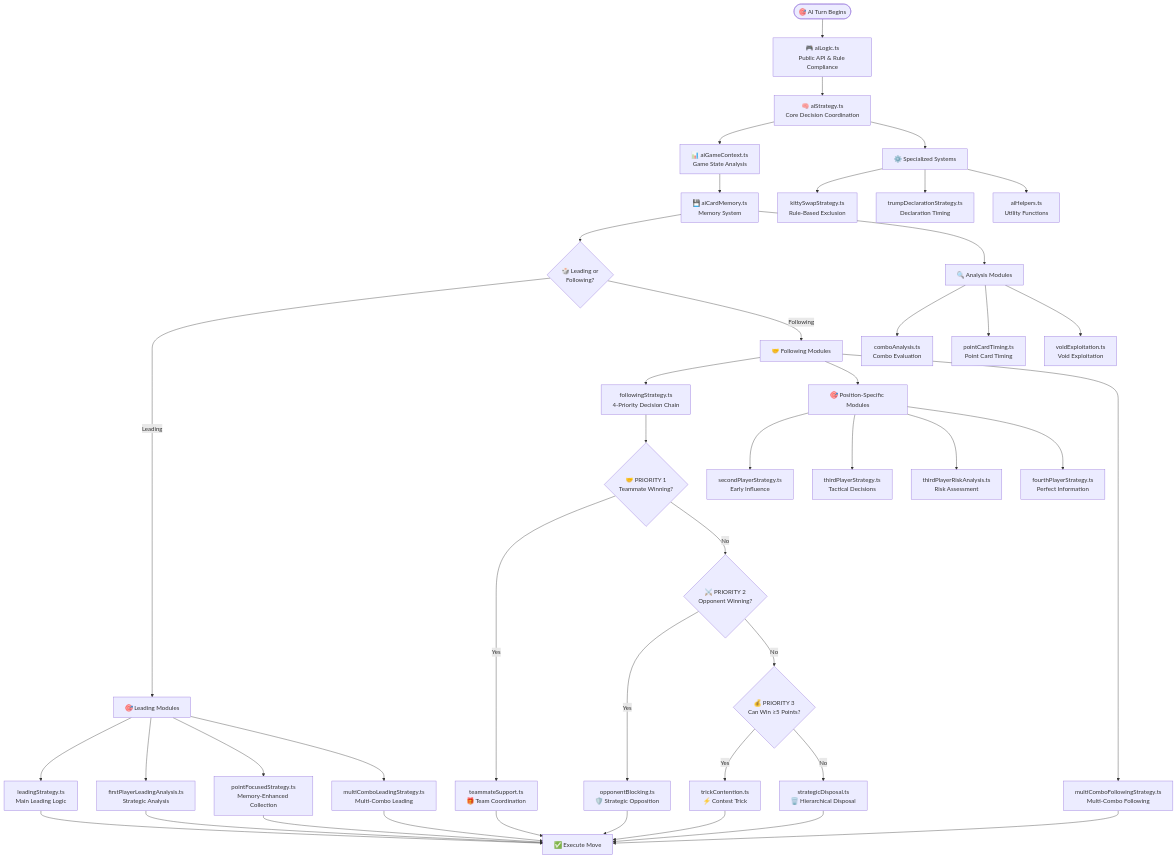
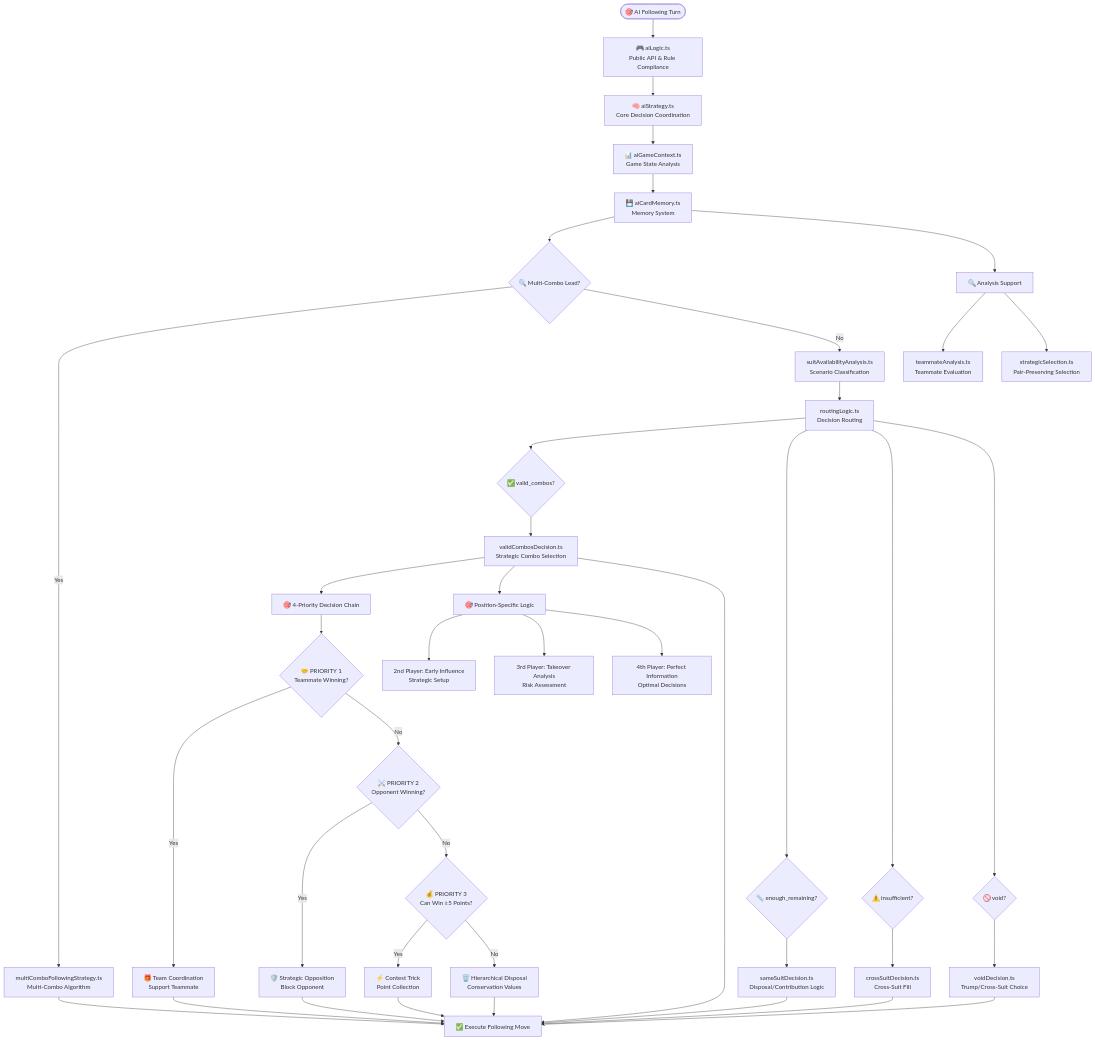
The second of 2 diagrams in docs/AI_SYSTEM.md (ejfn/Tractor), drawn with Mermaid before and after one commit. The commit also changed other lines of this file and 49 other files, not shown here.

First line of the commit message:
refactor: consolidate AI architecture and clean up documentation (#312)

````diff
--- a/docs/AI_SYSTEM.md
+++ b/docs/AI_SYSTEM.md
@@ -108,54 +151,52 @@
 ```mermaid
 flowchart TD
-    Start([🎯 AI Turn Begins]) --> Logic[🎮 aiLogic.ts<br/>Public API & Rule Compliance]
-    Logic --> Strategy[🧠 aiStrategy.ts<br/>Core Decision Coordination]
-    Strategy --> Context[📊 aiGameContext.ts<br/>Game State Analysis]
-    Context --> Memory[💾 aiCardMemory.ts<br/>Memory System]
+    StartFollow([🎯 AI Following Turn]) --> LogicFollow[🎮 aiLogic.ts<br/>Public API & Rule Compliance]
+    LogicFollow --> StrategyFollow[🧠 aiStrategy.ts<br/>Core Decision Coordination]
+    StrategyFollow --> ContextFollow[📊 aiGameContext.ts<br/>Game State Analysis]
+    ContextFollow --> MemoryFollow[💾 aiCardMemory.ts<br/>Memory System]
     
-    Memory --> Leading{🎲 Leading or<br/>Following?}
+    MemoryFollow --> MultiCheck{🔍 Multi-Combo Lead?}
+    MultiCheck -->|Yes| MultiComboFollow[multiComboFollowingStrategy.ts<br/>Multi-Combo Algorithm]
+    MultiCheck -->|No| SuitAnalysis[suitAvailabilityAnalysis.ts<br/>Scenario Classification]
     
-    Leading -->|Leading| LeadingMods[🎯 Leading Modules]
-    Leading -->|Following| FollowingMods[🤝 Following Modules]
+    SuitAnalysis --> RoutingLogic[routingLogic.ts<br/>Decision Routing]
     
-    LeadingMods --> LeadStrategy[leadingStrategy.ts<br/>Main Leading Logic]
-    LeadingMods --> FirstAnalysis[firstPlayerLeadingAnalysis.ts<br/>Strategic Analysis]
-    LeadingMods --> PointFocus[pointFocusedStrategy.ts<br/>Memory-Enhanced Collection]
-    LeadingMods --> MultiComboLead[multiComboLeadingStrategy.ts<br/>Multi-Combo Leading]
+    RoutingLogic --> ValidCombos{✅ valid_combos?}
+    RoutingLogic --> EnoughRemaining{📏 enough_remaining?}
+    RoutingLogic --> Insufficient{⚠️ insufficient?}
+    RoutingLogic --> VoidScenario{🚫 void?}
     
-    FollowingMods --> FollowStrategy[followingStrategy.ts<br/>4-Priority Decision Chain]
-    FollowStrategy --> P1{🤝 PRIORITY 1<br/>Teammate Winning?}
+    ValidCombos --> ValidDecision[validCombosDecision.ts<br/>Strategic Combo Selection]
+    EnoughRemaining --> SameSuitDecision[sameSuitDecision.ts<br/>Disposal/Contribution Logic]
+    Insufficient --> CrossSuitDecision[crossSuitDecision.ts<br/>Cross-Suit Fill]
+    VoidScenario --> VoidDecision[voidDecision.ts<br/>Trump/Cross-Suit Choice]
     
-    P1 -->|Yes| TeamSupport[teammateSupport.ts<br/>🎁 Team Coordination]
+    ValidDecision --> PriorityChain[🎯 4-Priority Decision Chain]
+    PriorityChain --> P1{🤝 PRIORITY 1<br/>Teammate Winning?}
+    
+    P1 -->|Yes| TeamSupport[🎁 Team Coordination<br/>Support Teammate]
     P1 -->|No| P2{⚔️ PRIORITY 2<br/>Opponent Winning?}
-    P2 -->|Yes| OpponentBlock[opponentBlocking.ts<br/>🛡️ Strategic Opposition]
+    P2 -->|Yes| OpponentBlock[🛡️ Strategic Opposition<br/>Block Opponent]
     P2 -->|No| P3{💰 PRIORITY 3<br/>Can Win ≥5 Points?}
-    P3 -->|Yes| TrickContest[trickContention.ts<br/>⚡ Contest Trick]
-    P3 -->|No| StrategicDisp[strategicDisposal.ts<br/>🗑️ Hierarchical Disposal]
+    P3 -->|Yes| TrickContest[⚡ Contest Trick<br/>Point Collection]
+    P3 -->|No| StrategicDisp[🗑️ Hierarchical Disposal<br/>Conservation Values]
     
-    FollowingMods --> PositionMods[🎯 Position-Specific Modules]
-    PositionMods --> Second[secondPlayerStrategy.ts<br/>Early Influence]
-    PositionMods --> Third[thirdPlayerStrategy.ts<br/>Tactical Decisions]
-    PositionMods --> ThirdRisk[thirdPlayerRiskAnalysis.ts<br/>Risk Assessment]
-    PositionMods --> Fourth[fourthPlayerStrategy.ts<br/>Perfect Information]
-    FollowingMods --> MultiComboFollow[multiComboFollowingStrategy.ts<br/>Multi-Combo Following]
+    ValidDecision --> PositionSpecific[🎯 Position-Specific Logic]
+    PositionSpecific --> SecondPlayer[2nd Player: Early Influence<br/>Strategic Setup]
+    PositionSpecific --> ThirdPlayer[3rd Player: Takeover Analysis<br/>Risk Assessment]
+    PositionSpecific --> FourthPlayer[4th Player: Perfect Information<br/>Optimal Decisions]
     
-    Memory --> Analysis[🔍 Analysis Modules]
-    Analysis --> ComboAnalysis[comboAnalysis.ts<br/>Combo Evaluation]
-    Analysis --> PointCardTiming[pointCardTiming.ts<br/>Point Card Timing]
-    Analysis --> VoidExploitation[voidExploitation.ts<br/>Void Exploitation]
+    TeamSupport --> ExecuteFollow[✅ Execute Following Move]
+    OpponentBlock --> ExecuteFollow
+    TrickContest --> ExecuteFollow
+    StrategicDisp --> ExecuteFollow
+    ValidDecision --> ExecuteFollow
+    SameSuitDecision --> ExecuteFollow
+    CrossSuitDecision --> ExecuteFollow
+    VoidDecision --> ExecuteFollow
+    MultiComboFollow --> ExecuteFollow
     
-    Strategy --> Specialized[⚙️ Specialized Systems]
-    Specialized --> KittySwap[kittySwapStrategy.ts<br/>Rule-Based Exclusion]
-    Specialized --> TrumpDecl[trumpDeclarationStrategy.ts<br/>Declaration Timing]
-    Specialized --> AIHelpers[aiHelpers.ts<br/>Utility Functions]
-    
-    TeamSupport --> Execute[✅ Execute Move]
-    OpponentBlock --> Execute
-    TrickContest --> Execute
-    StrategicDisp --> Execute
-    LeadStrategy --> Execute
-    FirstAnalysis --> Execute
-    PointFocus --> Execute
-    MultiComboLead --> Execute
-    MultiComboFollow --> Execute
+    MemoryFollow --> AnalysisFollow[🔍 Analysis Support]
+    AnalysisFollow --> TeammateAnalysis[teammateAnalysis.ts<br/>Teammate Evaluation]
+    AnalysisFollow --> StrategicSelection[strategicSelection.ts<br/>Pair-Preserving Selection]
 ```
````
